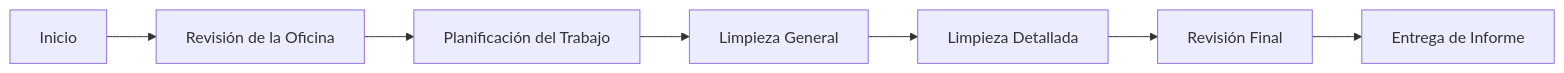
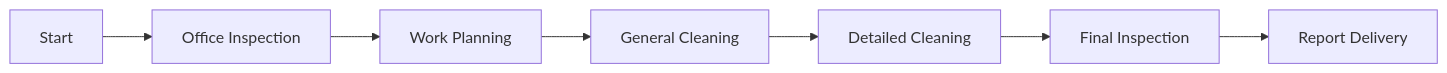
Before and after one commit to despiau/mermaid: the third of 10 diagrams in README.md, drawn with Mermaid. The commit also changed other lines of this file, not shown here.

````diff
--- a/README.md
+++ b/README.md
@@ -40,9 +40,9 @@
 ```mermaid
 flowchart LR
-    A[Inicio] --> B[Revisión de la Oficina]
-    B --> C[Planificación del Trabajo]
-    C --> D[Limpieza General]
-    D --> E[Limpieza Detallada]
-    E --> F[Revisión Final]
-    F --> G[Entrega de Informe]
+    A[Start] --> B[Office Inspection]
+    B --> C[Work Planning]
+    C --> D[General Cleaning]
+    D --> E[Detailed Cleaning]
+    E --> F[Final Inspection]
+    F --> G[Report Delivery]
 ```
````
